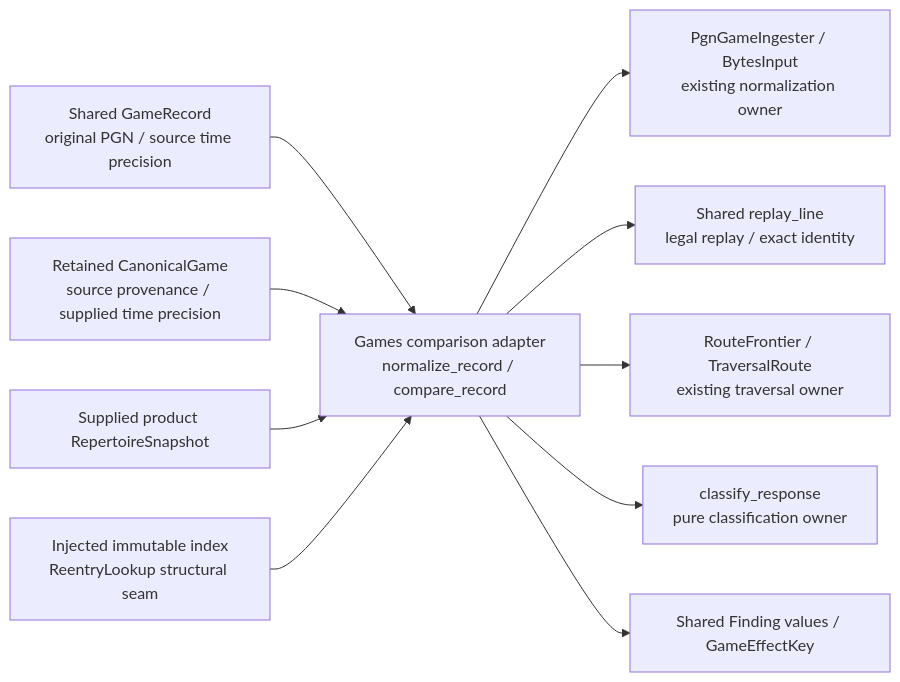
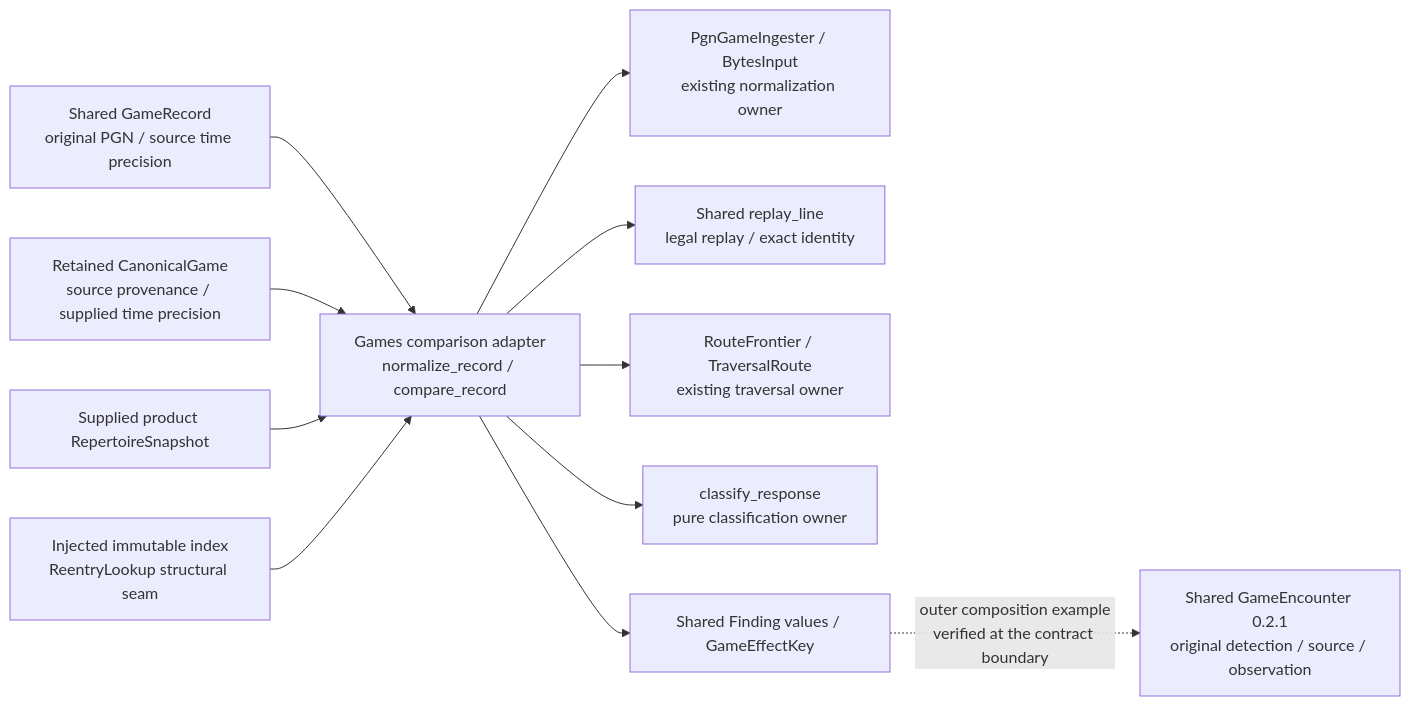
One commit to aaweaver-actuary/tempo changed the second of 2 diagrams in packages/game-classification/README.md. Above: the diagram before and after it, drawn with Mermaid. The commit also changed other lines of this file and 2 other files, not shown here.

Commit message:
test(games): consume the frozen encounter command at the fact boundary

````diff
--- a/packages/game-classification/README.md
+++ b/packages/game-classification/README.md
@@ -77,12 +88,13 @@
 ```mermaid
 flowchart LR
   Record["Shared GameRecord\noriginal PGN / source time precision"] --> Adapter["Games comparison adapter\nnormalize_record / compare_record"]
   Game["Retained CanonicalGame\nsource provenance / supplied time precision"] --> Adapter
   Snapshot["Supplied product RepertoireSnapshot"] --> Adapter
   Index["Injected immutable index\nReentryLookup structural seam"] --> Adapter
   Adapter --> Ingest["PgnGameIngester / BytesInput\nexisting normalization owner"]
   Adapter --> Replay["Shared replay_line\nlegal replay / exact identity"]
   Adapter --> Frontier["RouteFrontier / TraversalRoute\nexisting traversal owner"]
   Adapter --> Policy["classify_response\npure classification owner"]
   Adapter --> Findings["Shared Finding values / GameEffectKey"]
+  Findings -. "outer composition example\nverified at the contract boundary" .-> Encounter["Shared GameEncounter 0.2.1\noriginal detection / source / observation"]
 ```
````
